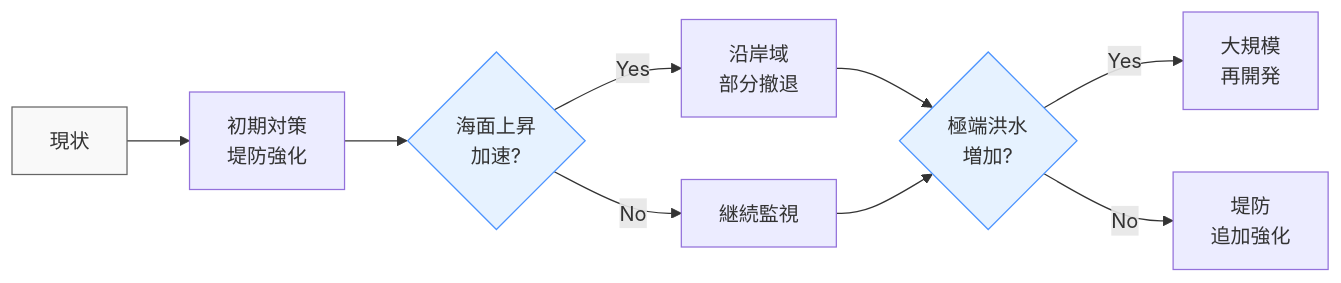
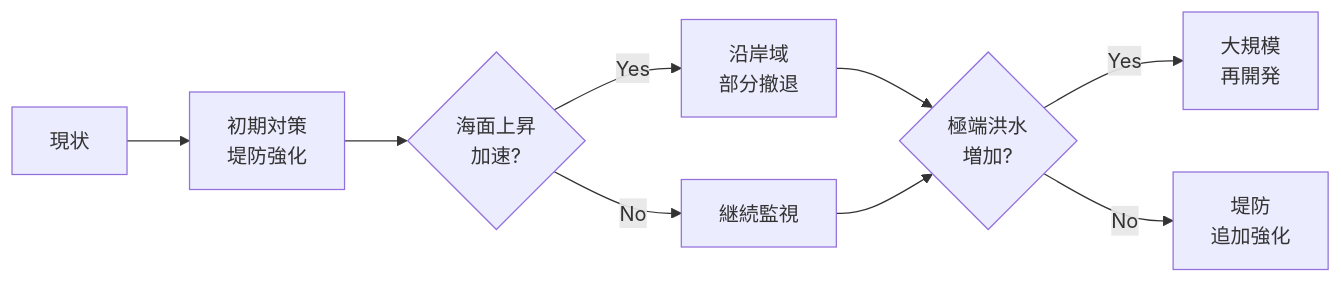
One commit to shuji-bonji/Situational-Awareness-and-Decision-Making changed the ninth of 9 diagrams in docs/decision-making-guide/uncertainty.md. Above: the diagram before and after it, drawn with Mermaid. The commit also changed other lines of this file and 49 other files, not shown here.

Commit message:
fix: ダークモードで見づらい図の色の変更

````diff
--- a/docs/decision-making-guide/uncertainty.md
+++ b/docs/decision-making-guide/uncertainty.md
@@ -695,18 +695,18 @@
     ```mermaid
     graph LR
         A[現状] --> B[初期対策<br>堤防強化]
         
         B --> C{海面上昇<br>加速?}
         C -->|Yes| D[沿岸域<br>部分撤退]
         C -->|No| E[継続監視]
         
         D --> F{極端洪水<br>増加?}
         E --> F
         
         F -->|Yes| G[大規模<br>再開発]
         F -->|No| H[堤防<br>追加強化]
         
-        style A fill:#f9f9f9,stroke:#666
-        style C fill:#e6f2ff,stroke:#4d94ff
-        style F fill:#e6f2ff,stroke:#4d94ff
+    
+    
+    
     ```
````
